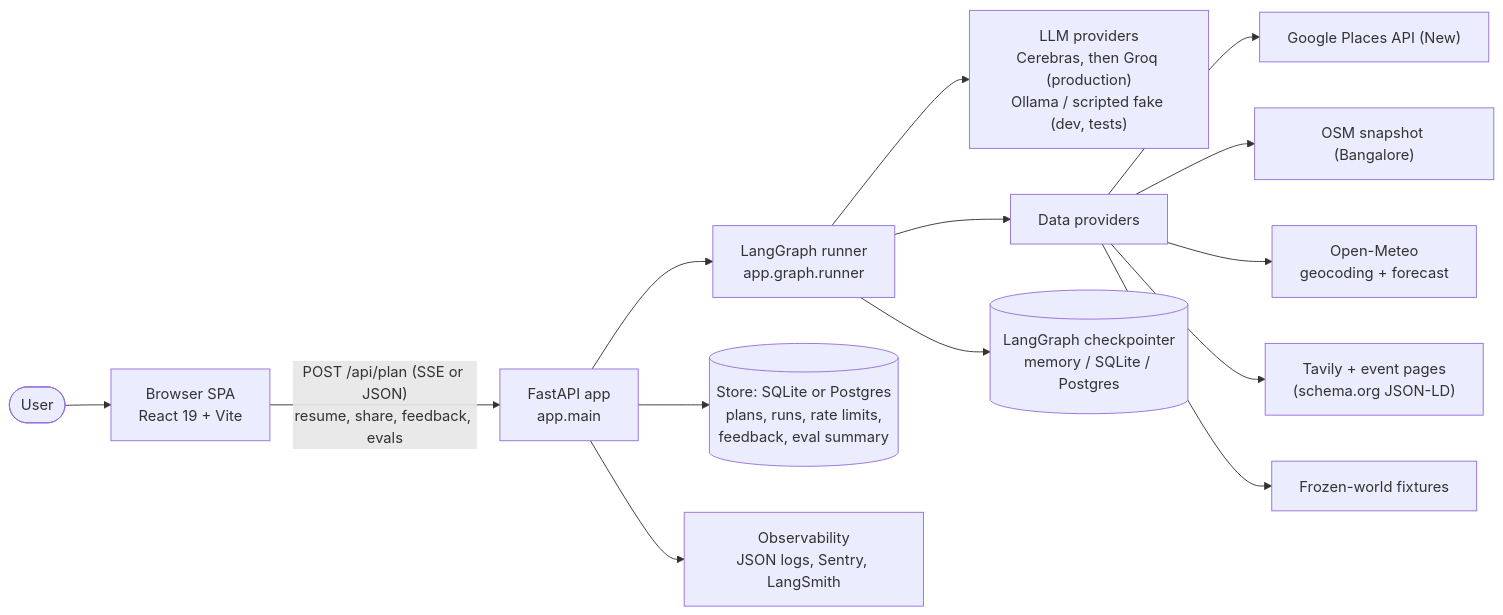
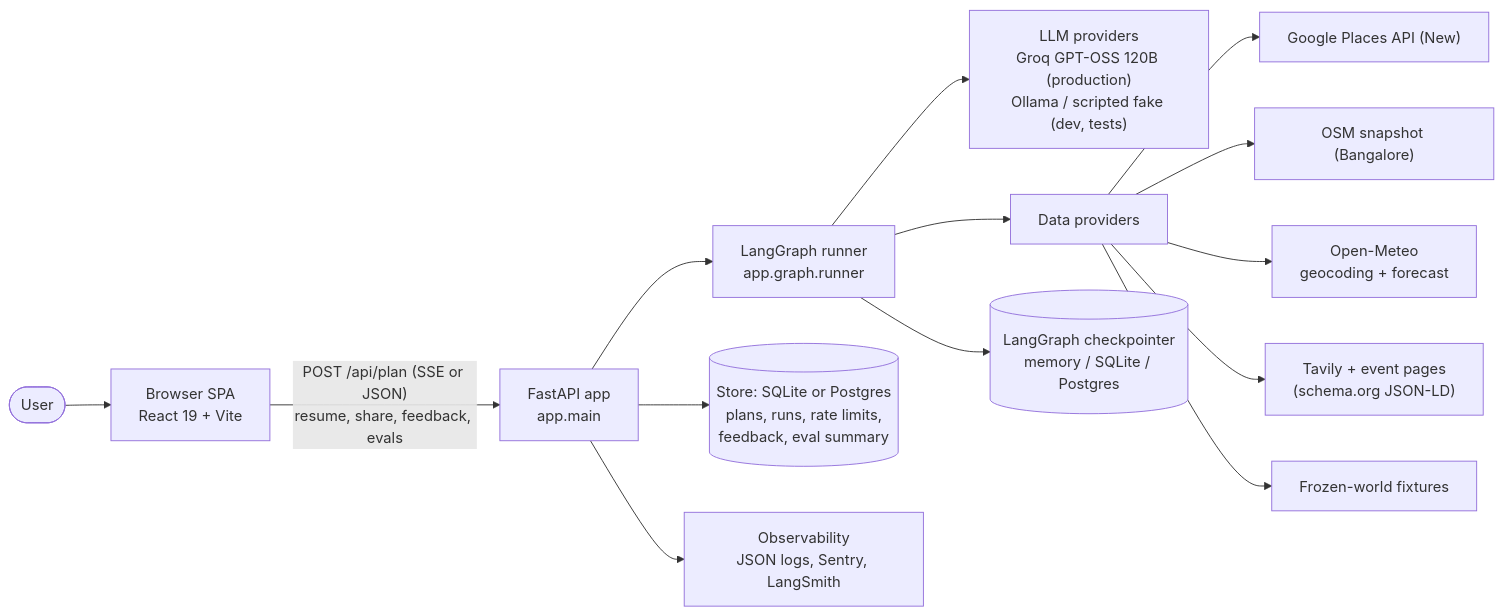
Before and after one commit to Vatsalya001/itinerary_planner: the first of 6 diagrams in docs/HLD.md, drawn with Mermaid. The commit also changed other lines of this file and 9 other files, not shown here.

Commit message:
Configure Groq production model and document Render deployment

````diff
--- a/docs/HLD.md
+++ b/docs/HLD.md
@@ -30,16 +30,16 @@
 ```mermaid
 flowchart LR
     user([User]) --> spa["Browser SPA<br/>React 19 + Vite"]
     spa -->|"POST /api/plan (SSE or JSON)<br/>resume, share, feedback, evals"| api["FastAPI app<br/>app.main"]
     api --> runner["LangGraph runner<br/>app.graph.runner"]
-    runner --> llm["LLM providers<br/>Cerebras, then Groq (production)<br/>Ollama / scripted fake (dev, tests)"]
+    runner --> llm["LLM providers<br/>Groq GPT-OSS 120B (production)<br/>Ollama / scripted fake (dev, tests)"]
     runner --> data["Data providers"]
     data --> gp["Google Places API (New)"]
     data --> snap["OSM snapshot (Bangalore)"]
     data --> om["Open-Meteo<br/>geocoding + forecast"]
     data --> tav["Tavily + event pages<br/>(schema.org JSON-LD)"]
     data --> fx["Frozen-world fixtures"]
     api --> store[("Store: SQLite or Postgres<br/>plans, runs, rate limits,<br/>feedback, eval summary")]
     runner --> ckpt[("LangGraph checkpointer<br/>memory / SQLite / Postgres")]
     api --> obs["Observability<br/>JSON logs, Sentry, LangSmith"]
 ```
````
